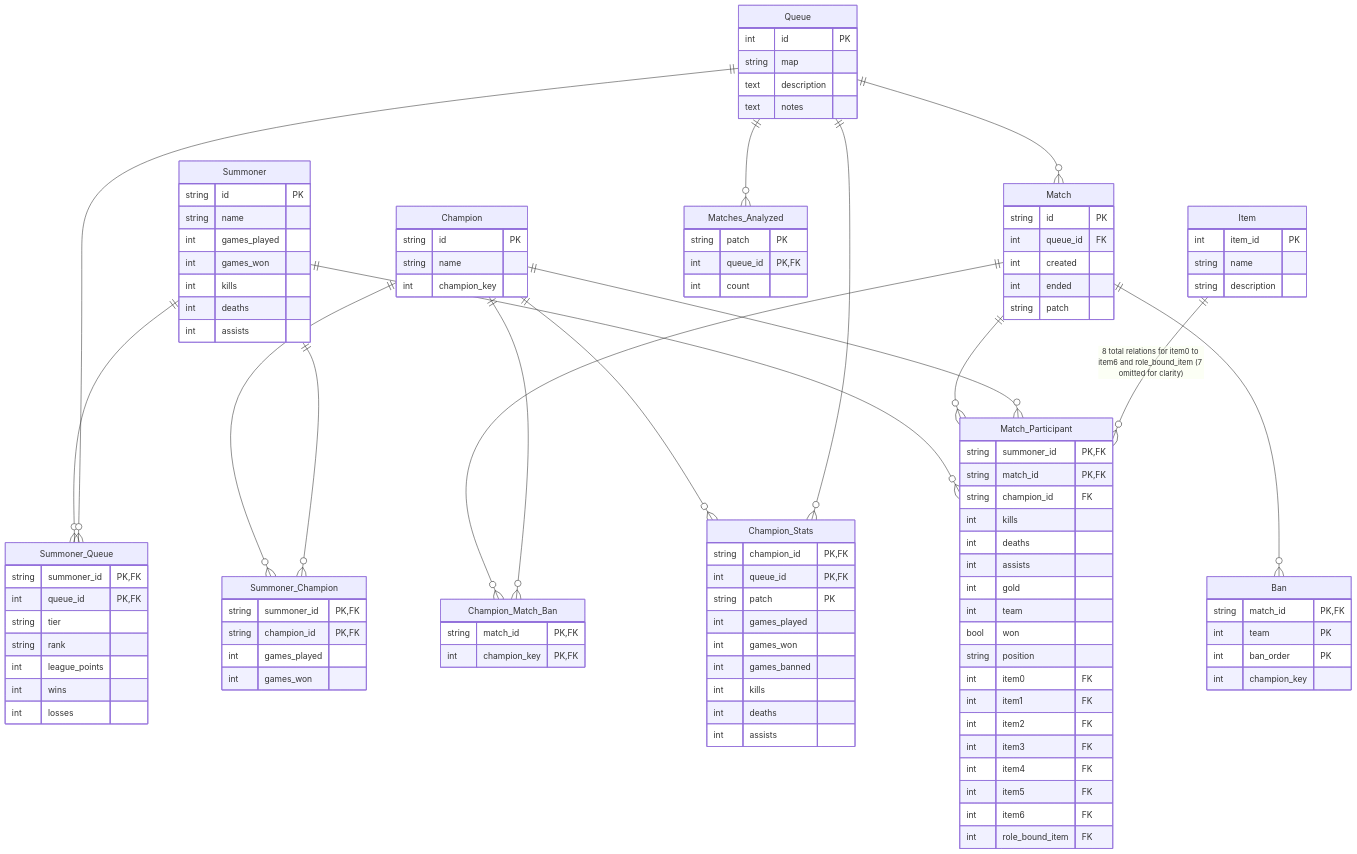
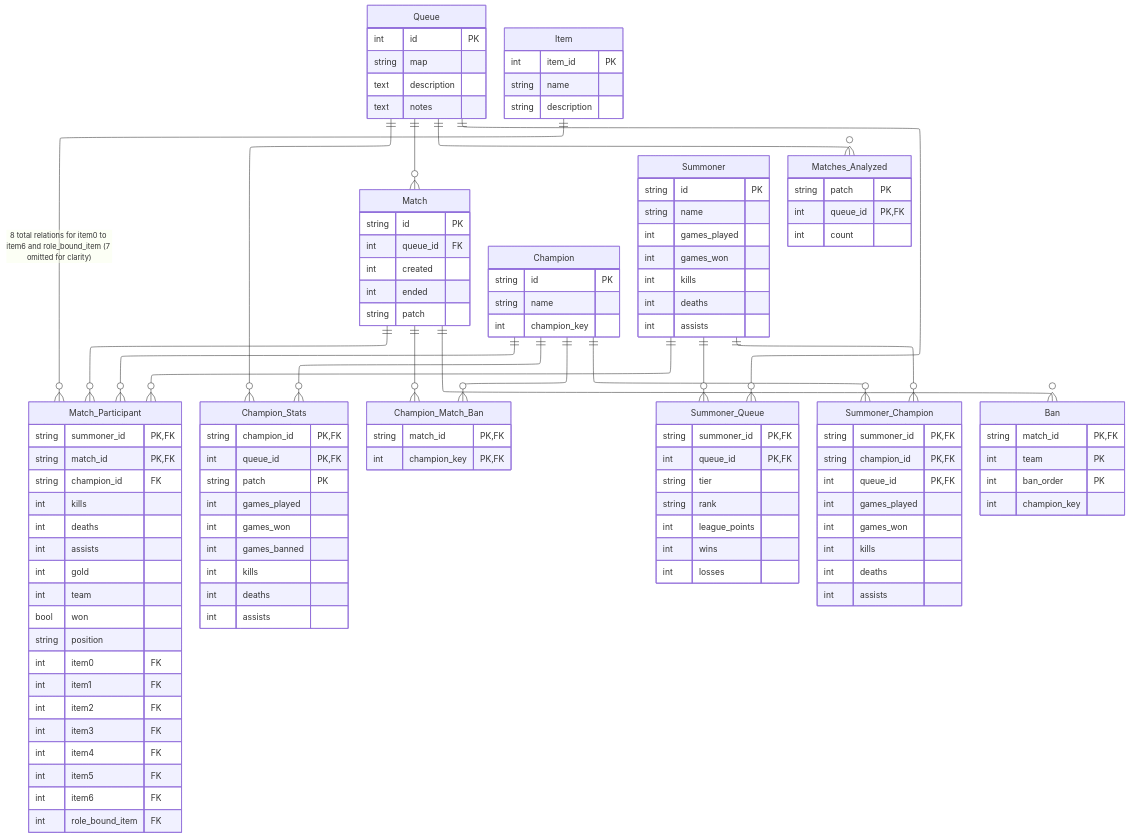
Before and after one commit to rutaji/loltracker: the diagram in specification/diagrams/Database.mmd, drawn with Mermaid. The commit also changed 3 other files, not shown here.

Commit message:
updated database schema and SQL specification

```diff
--- a/specification/diagrams/Database.mmd
+++ b/specification/diagrams/Database.mmd
@@ -1,122 +1,130 @@
+---
+config:
+    layout: elk
+---
 erDiagram
 
    Match {
         string id PK
         int queue_id FK
         int created
         int ended
         string patch
     } 
 
     Match_Participant{
         string summoner_id PK,FK
         string match_id PK, FK
         string champion_id FK
         int kills
         int deaths
         int assists
         int gold
         int team
         bool won
         string position 
         int item0 FK
         int item1 FK
         int item2 FK
         int item3 FK
         int item4 FK
         int item5 FK
         int item6 FK
         int role_bound_item FK
     }
 
     Champion{
         string id PK
         string name 
         int champion_key
     }
 
     Champion_Stats{
         string champion_id PK, FK
         int queue_id PK, FK
         string patch PK
         int games_played 
         int games_won 
         int games_banned
         int kills
         int deaths
         int assists
     }
 
     Champion_Match_Ban{
         string match_id PK, FK
         int champion_key PK, FK
     }
 
     Summoner{
         string id PK
         string name
         int games_played
         int games_won
         int kills
         int deaths
         int assists
     }
 
     Summoner_Queue{
         string summoner_id PK, FK
         int queue_id PK, FK
         string tier
         string rank
         int league_points
         int wins
         int losses
     }
 
     Summoner_Champion{
         string summoner_id PK, FK
         string champion_id PK, FK
+        int queue_id PK, FK
         int    games_played 
         int    games_won
+        int kills
+        int deaths
+        int assists
     }
 
     Matches_Analyzed{
         string patch PK
         int queue_id PK, FK
         int count
     }
 
     Queue {
         int id PK
         string map
         text description
         text notes
     }
 
     Ban {
         string match_id PK, FK
         int team PK
         int ban_order PK
         int champion_key
     }
 
     Item {
         int item_id PK
         string name
         string description
     }
 
     Champion ||--o{ Summoner_Champion : ""
     Summoner ||--o{ Summoner_Champion : ""
     Summoner ||--o{ Match_Participant : ""
     Match ||--o{ Match_Participant : ""
     Champion ||--o{ Match_Participant : ""
     Champion ||--o{ Champion_Stats : ""
     Queue ||--o{ Match : ""
     Queue ||--o{ Champion_Stats : ""
     Queue ||--o{ Matches_Analyzed : ""
     Match ||--o{ Ban : ""
     Match ||--o{ Champion_Match_Ban : ""
     Champion ||--o{ Champion_Match_Ban : ""
     Item ||--o{ Match_Participant : "8 total relations for item0 to item6 and role_bound_item (7 omitted for clarity)"
     Summoner ||--o{ Summoner_Queue : ""
     Queue ||--o{ Summoner_Queue : ""
```
